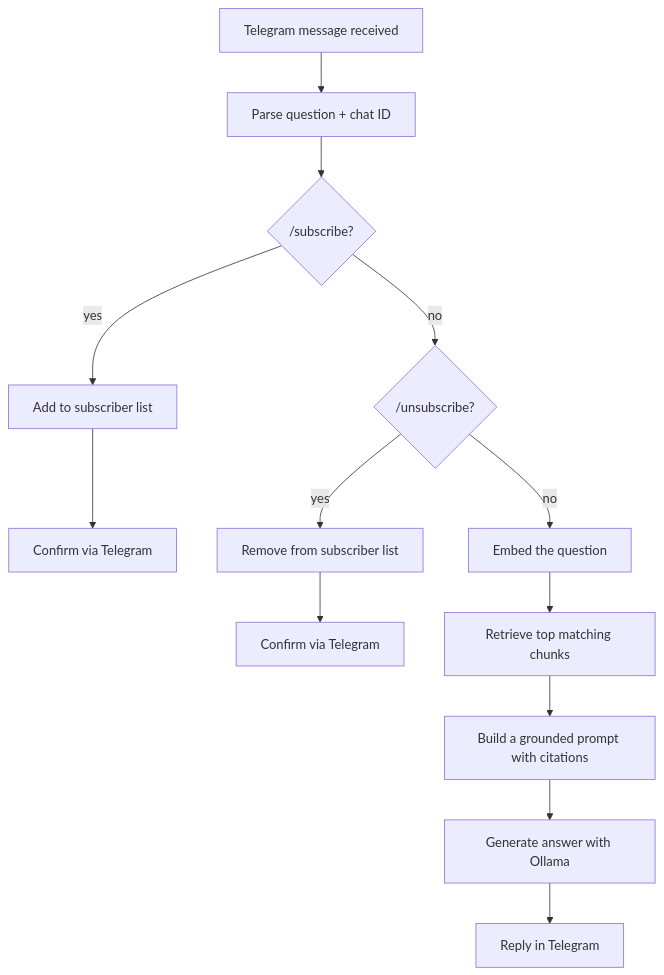
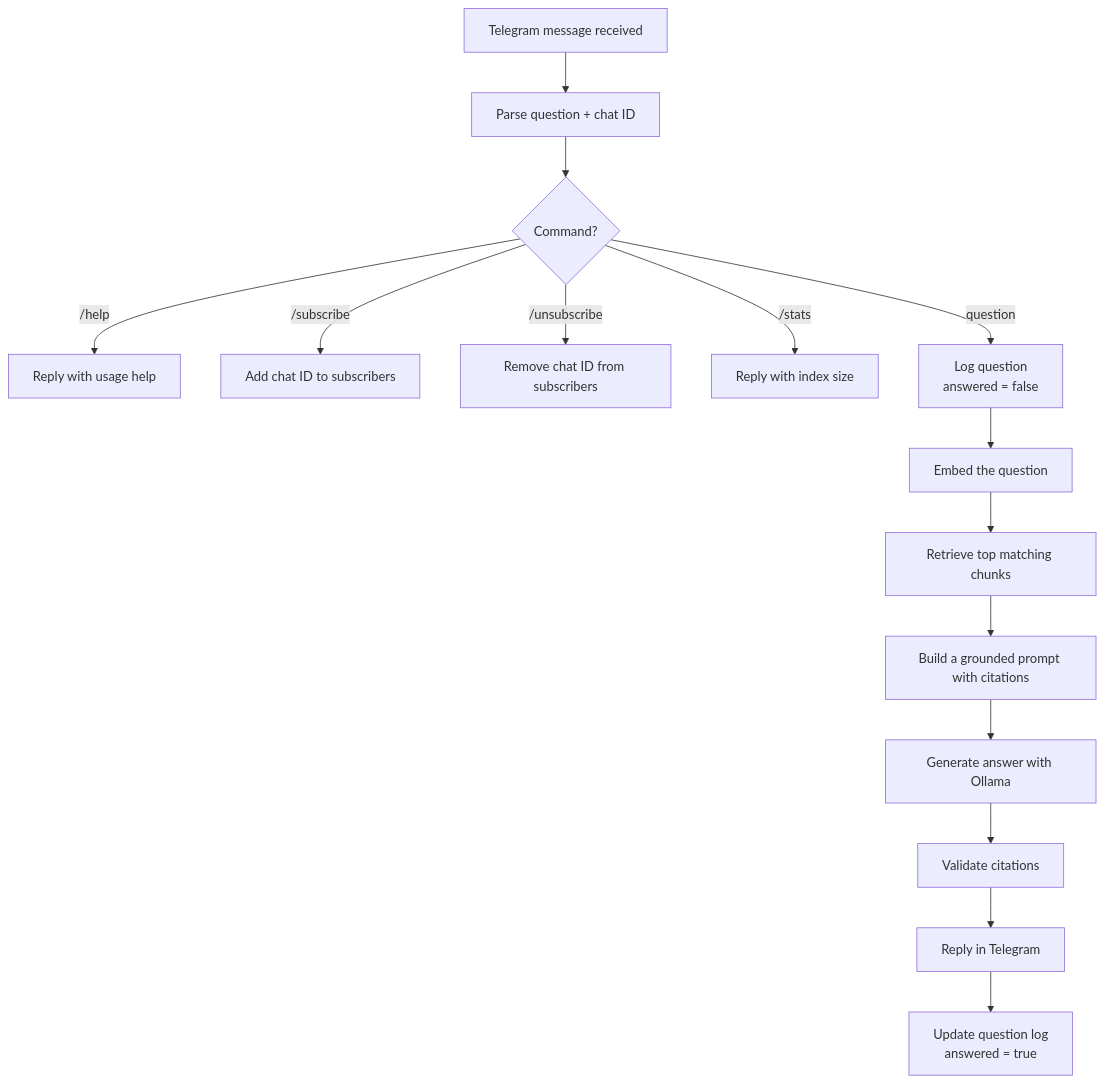
Before and after one commit to Domini-Antithesis/Research-Intelligence: the third of 3 diagrams in README.md, drawn with Mermaid. The commit also changed other lines of this file and 16 other files, not shown here.

````diff
--- a/README.md
+++ b/README.md
@@ -111,13 +133,17 @@
 ```mermaid
 flowchart TD
     A[Telegram message received] --> B[Parse question + chat ID]
-    B --> C{"/subscribe?"}
-    C -->|yes| D[Add to subscriber list] --> E[Confirm via Telegram]
-    C -->|no| F{"/unsubscribe?"}
-    F -->|yes| G[Remove from subscriber list] --> H[Confirm via Telegram]
-    F -->|no| I[Embed the question]
+    B --> C{Command?}
+    C -->|/help| D[Reply with usage help]
+    C -->|/subscribe| E[Add chat ID to subscribers]
+    C -->|/unsubscribe| F[Remove chat ID from subscribers]
+    C -->|/stats| G[Reply with index size]
+    C -->|question| H[Log question<br/>answered = false]
+    H --> I[Embed the question]
     I --> J[Retrieve top matching chunks]
     J --> K[Build a grounded prompt with citations]
     K --> L[Generate answer with Ollama]
-    L --> M[Reply in Telegram]
+    L --> V[Validate citations]
+    V --> M[Reply in Telegram]
+    M --> N[Update question log<br/>answered = true]
 ```
````
